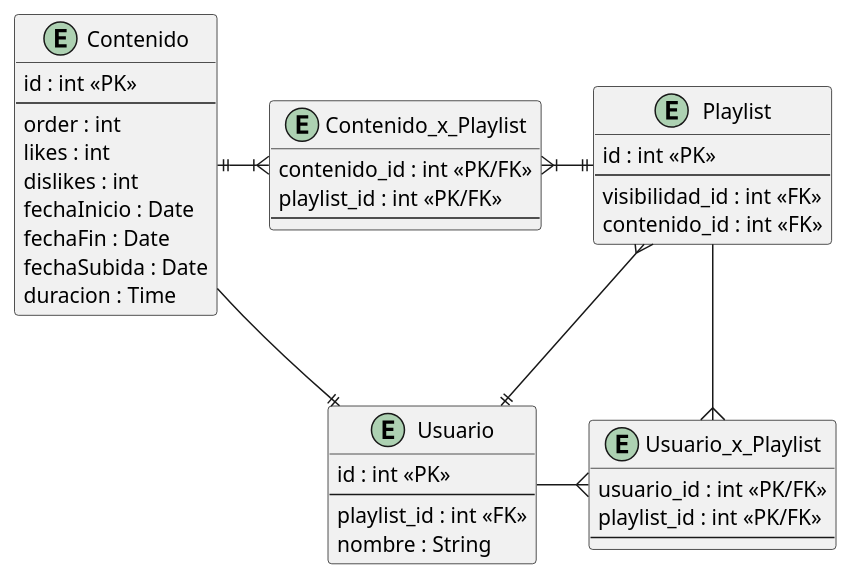
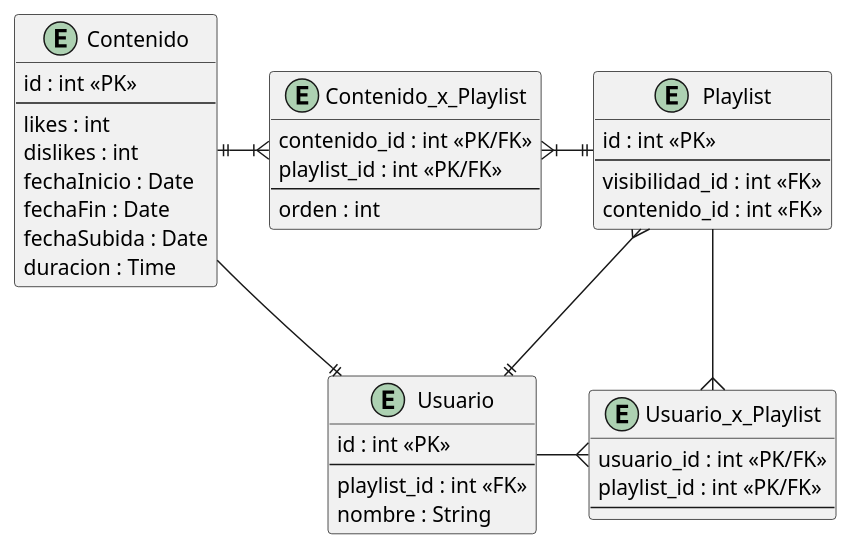
The diagram in Segundos-parciales/2canciones/DER.puml (mbeorlegui/parciales-dds), drawn with PlantUML before and after one commit. The commit also changed 2 other files, not shown here.

Commit message:
Corrige ordenamiento en diagrama

```diff
--- a/Segundos-parciales/2canciones/DER.puml
+++ b/Segundos-parciales/2canciones/DER.puml
@@ -1,51 +1,51 @@
 @startuml DER-2canciones
 
 entity Playlist {
   id : int <<PK>>
   --
   visibilidad_id : int <<FK>>
   contenido_id : int <<FK>>
 }
 
 entity Contenido {
   id : int <<PK>>
   --
-  order : int
   likes : int
   dislikes : int
   fechaInicio : Date
   fechaFin : Date
   fechaSubida : Date
   duracion : Time
   ' embebo estadistica
   ' Dejo todas aca, porque uso SintleTable
 }
 
 entity Usuario_x_Playlist {
   usuario_id : int <<PK/FK>>
   playlist_id : int <<PK/FK>>
   --
 }
 
 entity Contenido_x_Playlist {
   contenido_id : int <<PK/FK>>
   playlist_id : int <<PK/FK>>
   --
+  orden : int
 }
 
 entity Usuario {
   id : int <<PK>>
   --
   playlist_id : int <<FK>>
   nombre : String
 }
 
 
 Playlist --{ Usuario_x_Playlist
 Usuario -right-{ Usuario_x_Playlist
 Playlist ||-left|{ Contenido_x_Playlist
 Contenido ||-|{ Contenido_x_Playlist
 Playlist }--|| Usuario
 Contenido -right-|| Usuario
 
 @enduml
```
